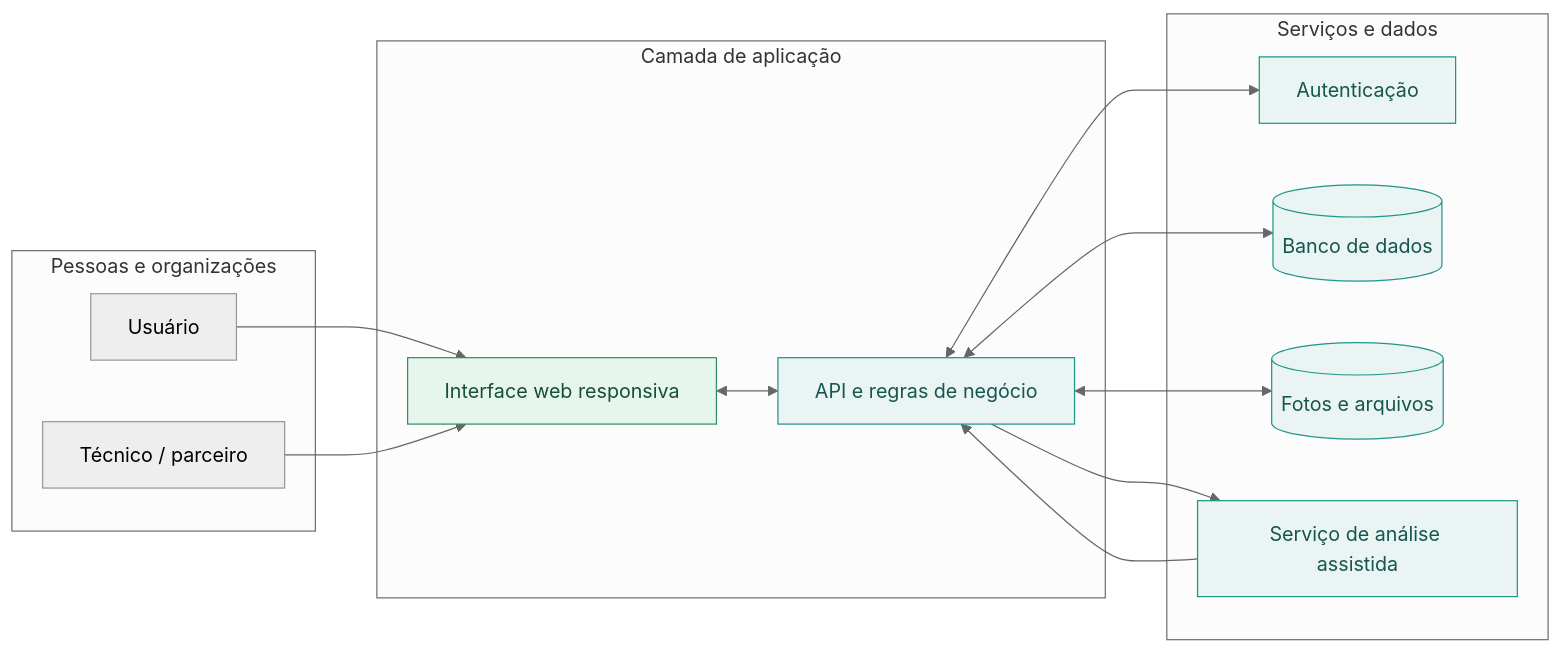
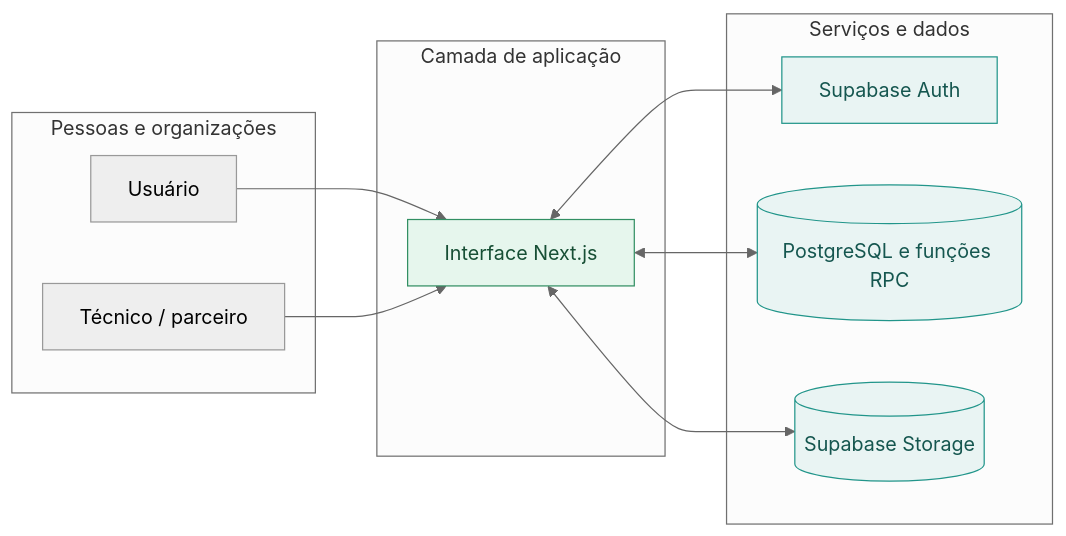
Before and after one commit to piririporo/EcoCiclo: the second of 4 diagrams in README.md, drawn with Mermaid (neutral theme). The commit also changed other lines of this file and 54 other files, not shown here.

````diff
--- a/README.md
+++ b/README.md
@@ -105,33 +99,28 @@
 ```mermaid
 flowchart LR
     subgraph P["Pessoas e organizações"]
         U["Usuário"]
         T["Técnico / parceiro"]
     end
 
     subgraph WEB["Camada de aplicação"]
-        F["Interface web responsiva"]
-        API["API e regras de negócio"]
+        F["Interface Next.js"]
     end
 
     subgraph S["Serviços e dados"]
-        AUTH["Autenticação"]
-        DB[("Banco de dados")]
-        STORAGE[("Fotos e arquivos")]
-        AI["Serviço de análise assistida"]
+        AUTH["Supabase Auth"]
+        DB[("PostgreSQL e funções RPC")]
+        STORAGE[("Supabase Storage")]
     end
 
     U --> F
     T --> F
-    F <--> API
-    API <--> AUTH
-    API <--> DB
-    API <--> STORAGE
-    API --> AI
-    AI --> API
+    F <--> AUTH
+    F <--> DB
+    F <--> STORAGE
 
     classDef interface fill:#e6f6ed,stroke:#328f63,color:#174f35
     classDef service fill:#e9f4f3,stroke:#21958a,color:#15564f
     class F interface
-    class API,AUTH,DB,STORAGE,AI service
+    class AUTH,DB,STORAGE service
 ```
````
